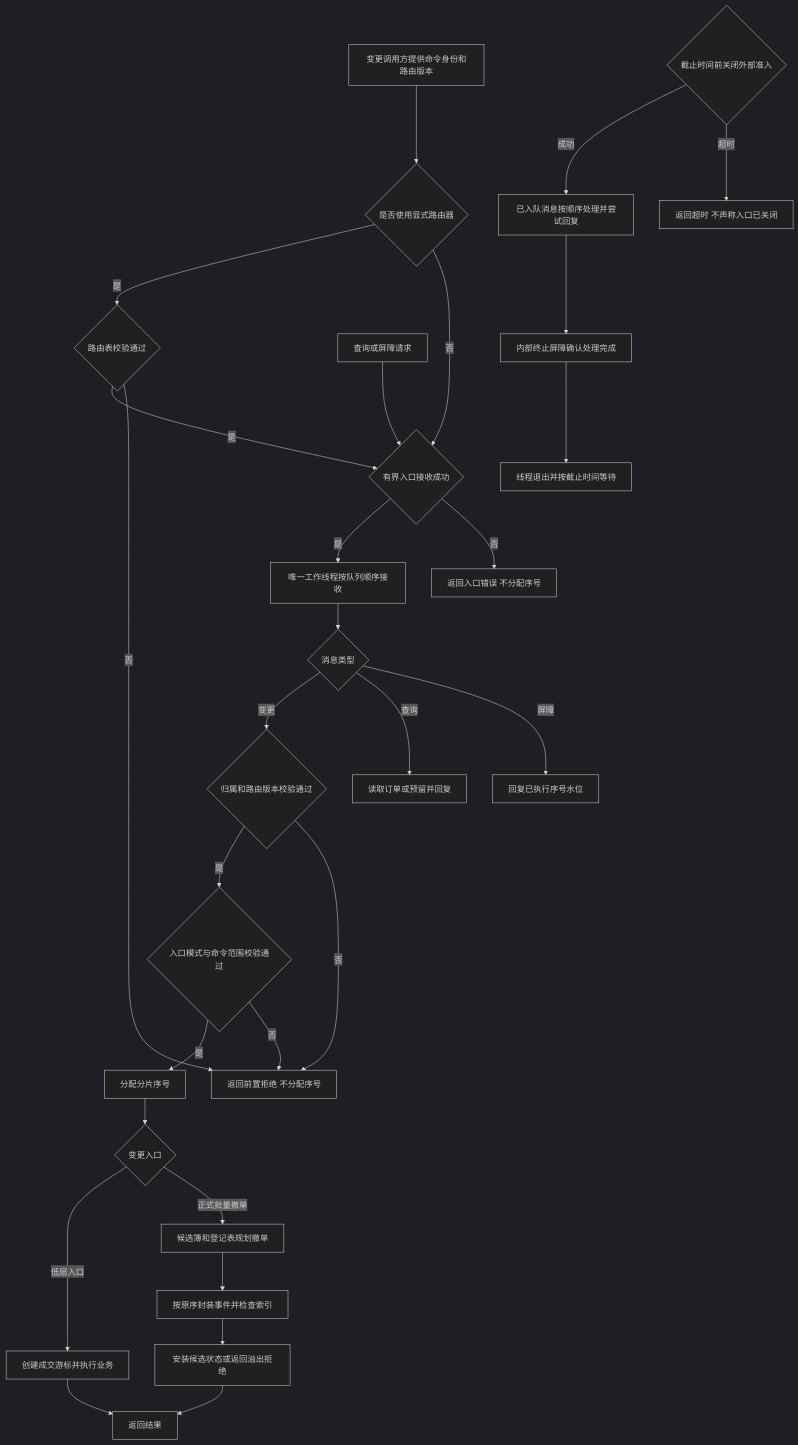
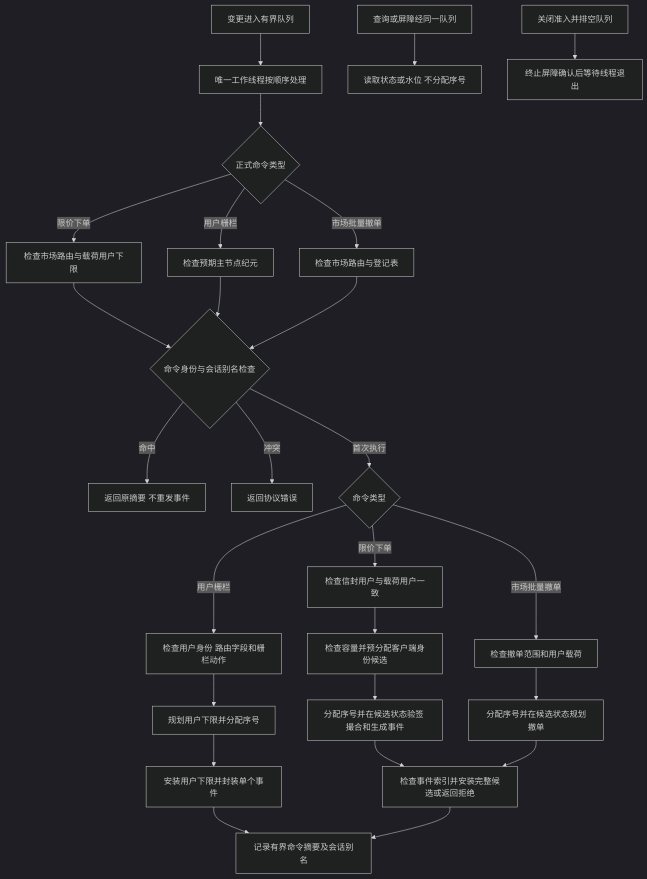
One commit to YANSHAO0032/tide-matching-engine changed the first of 10 diagrams in docs/logic_flows.md. Above: the diagram before and after it, drawn with Mermaid (dark theme). The commit also changed other lines of this file and 32 other files, not shown here.

````diff
--- a/docs/logic_flows.md
+++ b/docs/logic_flows.md
@@ -7,30 +7,28 @@
 ```mermaid
 flowchart TD
-    A[变更调用方提供命令身份和路由版本] --> B{是否使用显式路由器}
-    B -- 是 --> R{路由表校验通过}
-    B -- 否 --> C{有界入口接收成功}
-    R -- 是 --> C
-    R -- 否 --> X[返回前置拒绝 不分配序号]
-    Q[查询或屏障请求] --> C
-    C -- 是 --> D[唯一工作线程按队列顺序接收]
-    C -- 否 --> Y[返回入口错误 不分配序号]
-    D --> E{消息类型}
-    E -- 变更 --> F{归属和路由版本校验通过}
-    F -- 是 --> J1{入口模式与命令范围校验通过}
-    J1 -- 是 --> G[分配分片序号]
-    J1 -- 否 --> X
-    F -- 否 --> X
-    G --> Z{变更入口}
-    Z -- 低层入口 --> V[创建成交游标并执行业务]
-    V --> H[返回结果]
-    Z -- 正式批量撤单 --> P[候选簿和登记表规划撤单]
-    P --> W[按原序封装事件并检查索引]
-    W --> U[安装候选状态或返回溢出拒绝]
-    U --> H
-    E -- 查询 --> I[读取订单或预留并回复]
-    E -- 屏障 --> J[回复已执行序号水位]
-    K{截止时间前关闭外部准入} -- 成功 --> L[已入队消息按顺序处理并尝试回复]
-    K -- 超时 --> T[返回超时 不声称入口已关闭]
-    L --> N[内部终止屏障确认处理完成]
-    N --> M[线程退出并按截止时间等待]
+    A[变更进入有界队列] --> B[唯一工作线程按顺序处理]
+    B --> C{正式命令类型}
+    C -- 限价下单 --> D[检查市场路由与载荷用户下限]
+    C -- 用户栅栏 --> E[检查预期主节点纪元]
+    C -- 市场批量撤单 --> F[检查市场路由与登记表]
+    D --> G{命令身份与会话别名检查}
+    E --> G
+    F --> G
+    G -- 命中 --> H[返回原摘要 不重发事件]
+    G -- 冲突 --> I[返回协议错误]
+    G -- 首次执行 --> J{命令类型}
+    J -- 限价下单 --> K0[检查信封用户与载荷用户一致]
+    K0 --> K[检查容量并预分配客户端身份候选]
+    K --> L[分配序号并在候选状态验签 撮合和生成事件]
+    J -- 市场批量撤单 --> M0[检查撤单范围和用户载荷]
+    M0 --> M[分配序号并在候选状态规划撤单]
+    J -- 用户栅栏 --> N0[检查用户身份 路由字段和栅栏动作]
+    N0 --> N[规划用户下限并分配序号]
+    L --> O[检查事件索引并安装完整候选或返回拒绝]
+    M --> O
+    N --> N1[安装用户下限并封装单个事件]
+    N1 --> P
+    O --> P[记录有界命令摘要及会话别名]
+    Q[查询或屏障经同一队列] --> R[读取状态或水位 不分配序号]
+    S[关闭准入并排空队列] --> T[终止屏障确认后等待线程退出]
 ```
````
